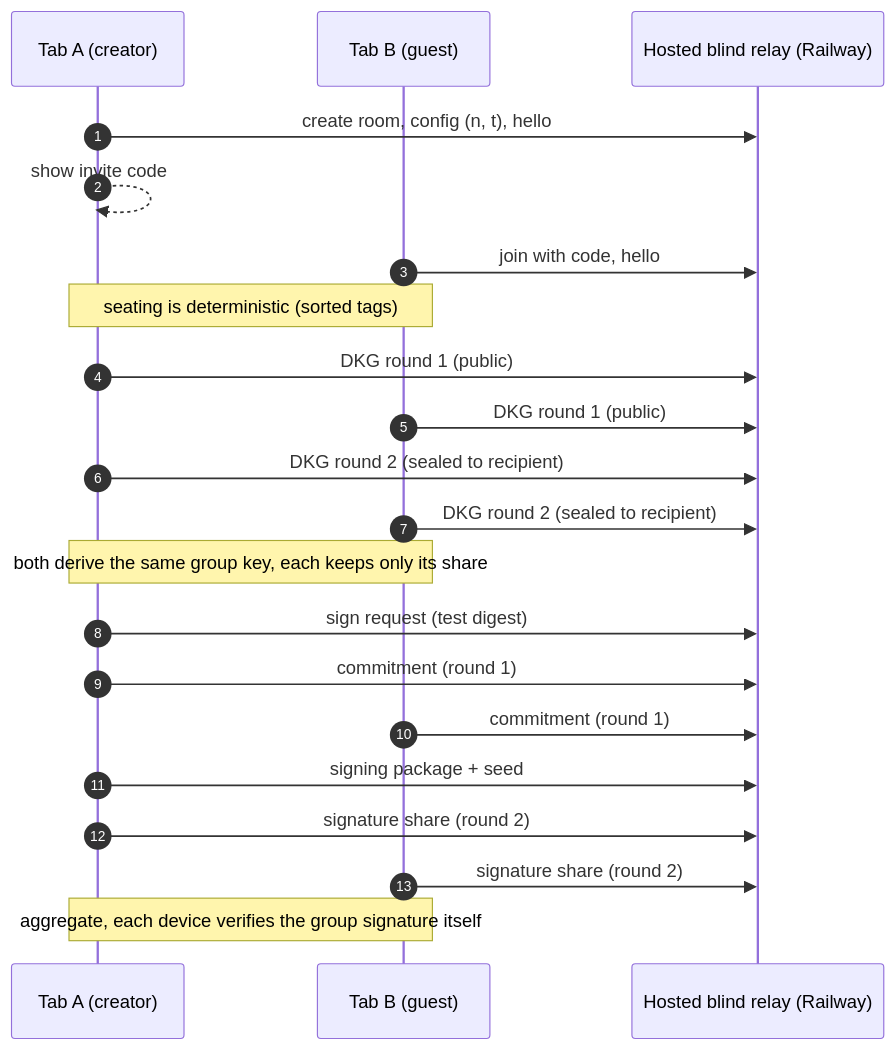
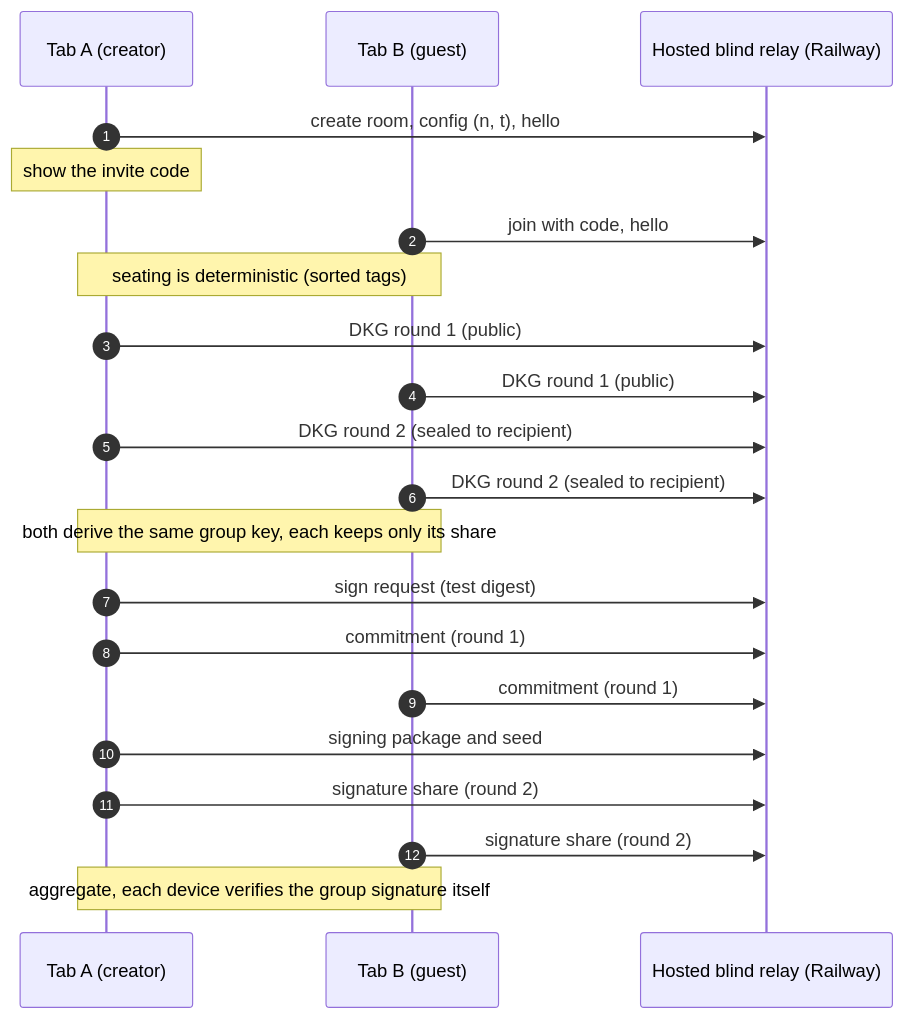
One commit to deegalabs/konclave changed the fifth of 10 diagrams in docs/DIAGRAMS.md. Above: the diagram before and after it, drawn with Mermaid. The commit also changed other lines of this file, not shown here.

First line of the commit message:
docs(diagrams): make all Mermaid diagrams render on GitHub

````diff
--- a/docs/DIAGRAMS.md
+++ b/docs/DIAGRAMS.md
@@ -125,24 +96,24 @@
 ```mermaid
 sequenceDiagram
   autonumber
   participant TA as Tab A (creator)
   participant TB as Tab B (guest)
   participant HR as Hosted blind relay (Railway)
 
   TA->>HR: create room, config (n, t), hello
-  TA-->>TA: show invite code
+  Note over TA: show the invite code
   TB->>HR: join with code, hello
   Note over TA,TB: seating is deterministic (sorted tags)
   TA->>HR: DKG round 1 (public)
   TB->>HR: DKG round 1 (public)
   TA->>HR: DKG round 2 (sealed to recipient)
   TB->>HR: DKG round 2 (sealed to recipient)
   Note over TA,TB: both derive the same group key, each keeps only its share
   TA->>HR: sign request (test digest)
   TA->>HR: commitment (round 1)
   TB->>HR: commitment (round 1)
-  TA->>HR: signing package + seed
+  TA->>HR: signing package and seed
   TA->>HR: signature share (round 2)
   TB->>HR: signature share (round 2)
   Note over TA,TB: aggregate, each device verifies the group signature itself
 ```
````
